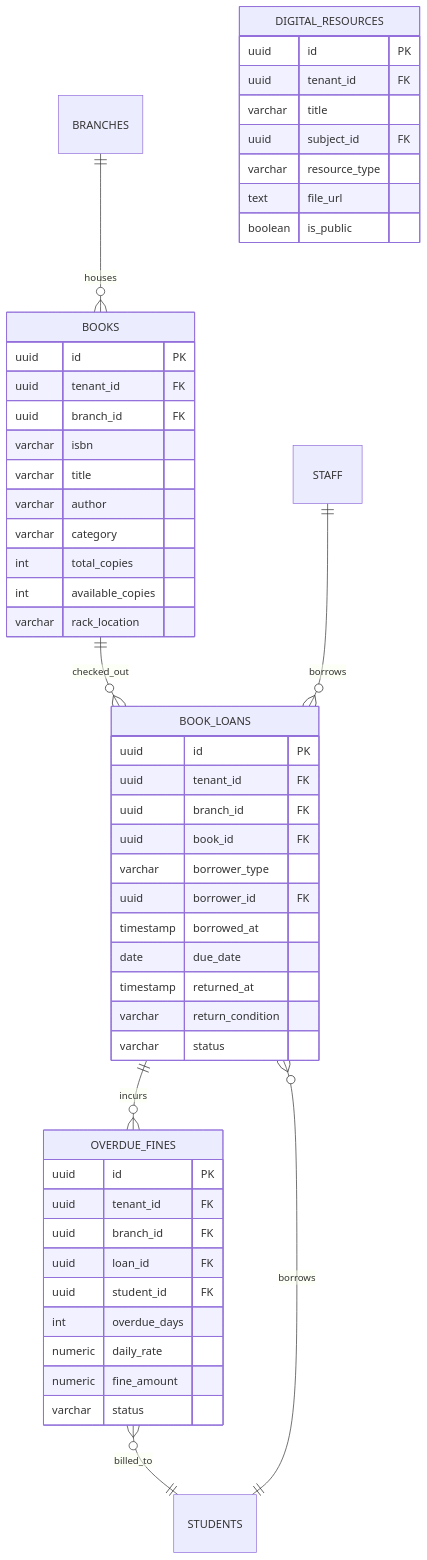
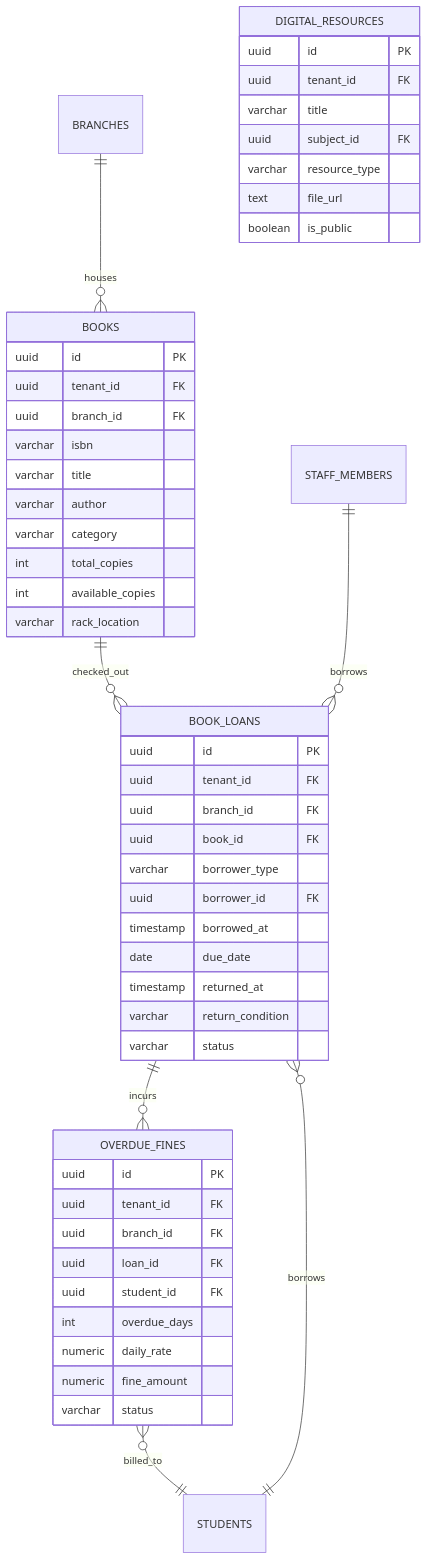
The sixth of 9 diagrams in docs/03-database/ERD.md (Yoba21/Fidel_Hub), drawn with Mermaid before and after one commit. The commit also changed other lines of this file and 41 other files, not shown here.

````diff
--- a/docs/03-database/ERD.md
+++ b/docs/03-database/ERD.md
@@ -339,58 +340,58 @@
 ```mermaid
 erDiagram
     BRANCHES ||--o{ BOOKS : houses
     BOOKS ||--o{ BOOK_LOANS : checked_out
     STUDENTS ||--o{ BOOK_LOANS : borrows
-    STAFF ||--o{ BOOK_LOANS : borrows
+    STAFF_MEMBERS ||--o{ BOOK_LOANS : borrows
     BOOK_LOANS ||--o{ OVERDUE_FINES : incurs
     OVERDUE_FINES }o--|| STUDENTS : billed_to
 
     BOOKS {
         uuid id PK
         uuid tenant_id FK
         uuid branch_id FK
         varchar isbn
         varchar title
         varchar author
         varchar category
         int total_copies
         int available_copies
         varchar rack_location
     }
 
     BOOK_LOANS {
         uuid id PK
         uuid tenant_id FK
         uuid branch_id FK
         uuid book_id FK
         varchar borrower_type
         uuid borrower_id FK
         timestamp borrowed_at
         date due_date
         timestamp returned_at
         varchar return_condition
         varchar status
     }
 
     OVERDUE_FINES {
         uuid id PK
         uuid tenant_id FK
         uuid branch_id FK
         uuid loan_id FK
         uuid student_id FK
         int overdue_days
         numeric daily_rate
         numeric fine_amount
         varchar status
     }
 
     DIGITAL_RESOURCES {
         uuid id PK
         uuid tenant_id FK
         varchar title
         uuid subject_id FK
         varchar resource_type
         text file_url
         boolean is_public
     }
 ```
````
